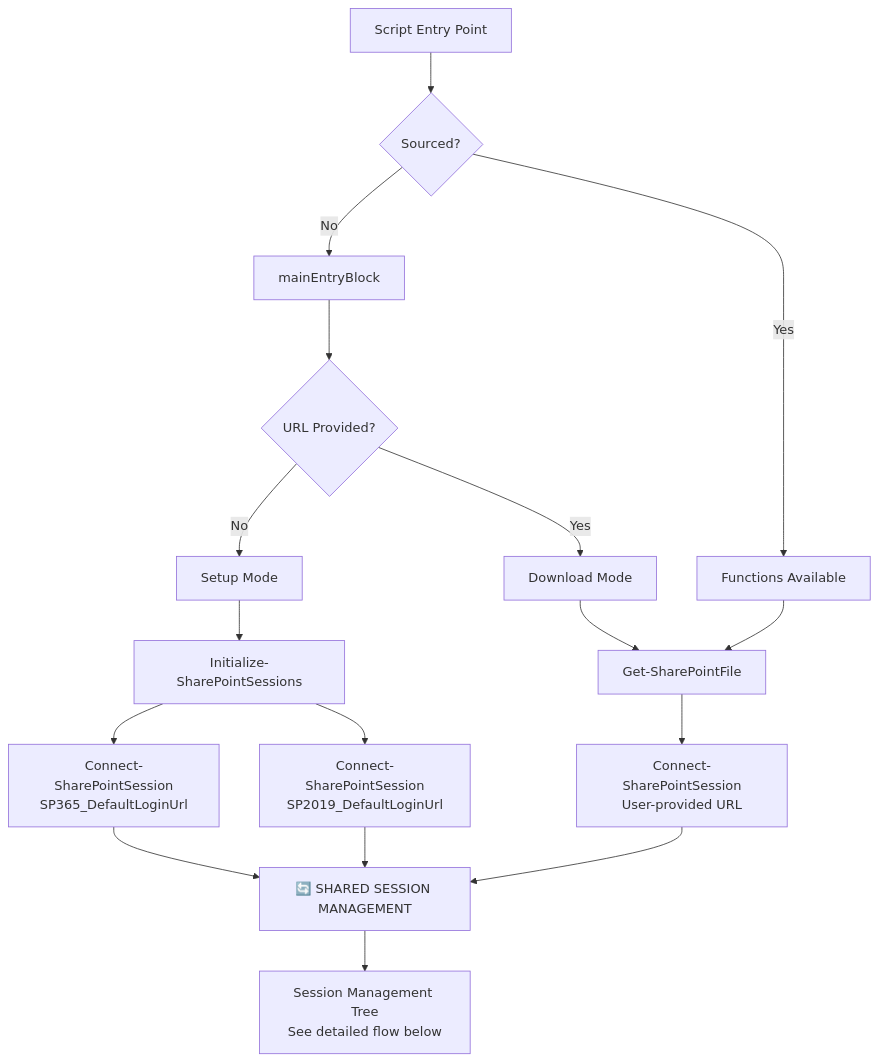
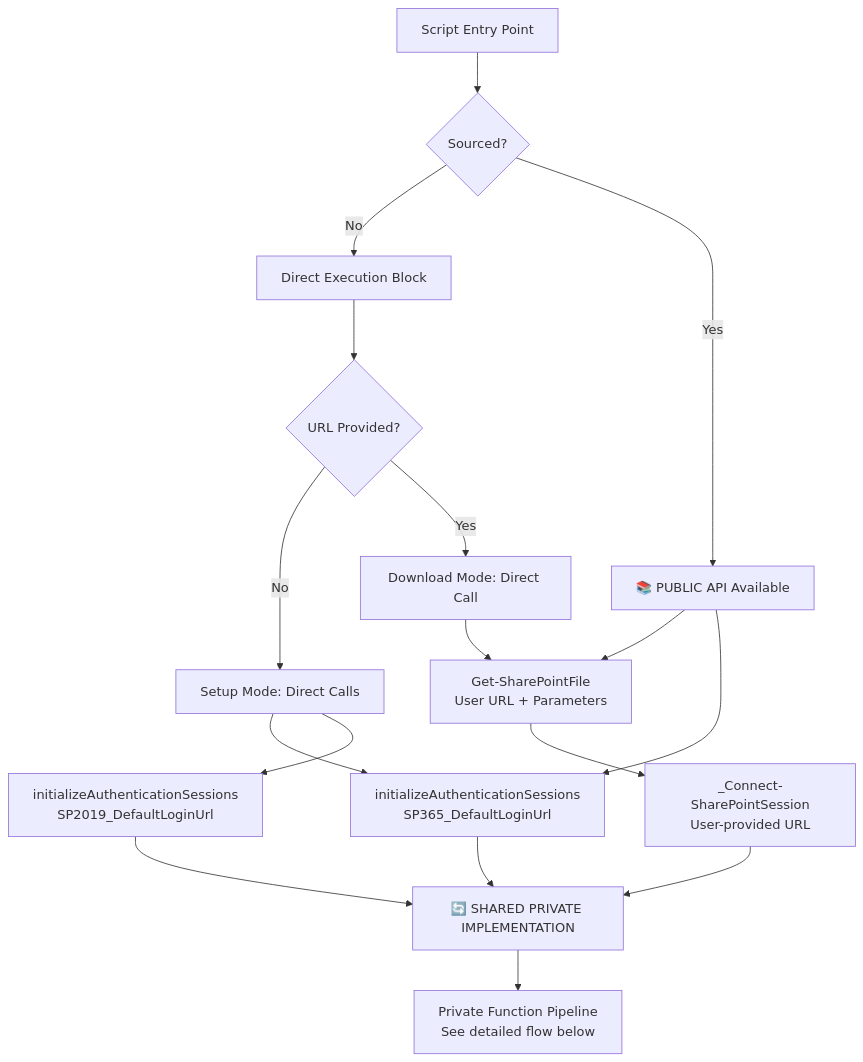
Before and after one commit to shillis13/powershell: the second of 4 diagrams in Scripts/SharePointUtils/README.GetSharePointFile.md, drawn with Mermaid. The commit also changed other lines of this file and 4 other files, not shown here.

Commit message:
Trying to download from SharePoint

````diff
--- a/Scripts/SharePointUtils/README.GetSharePointFile.md
+++ b/Scripts/SharePointUtils/README.GetSharePointFile.md
@@ -5,24 +160,23 @@
 ```mermaid
 graph TD
     A[Script Entry Point] --> B{Sourced?}
-    B -->|No| C[mainEntryBlock]
-    B -->|Yes| D[Functions Available]
+    B -->|No| C[Direct Execution Block]
+    B -->|Yes| D[📚 PUBLIC API Available]
     
     C --> E{URL Provided?}
-    E -->|No| F[Setup Mode]
-    E -->|Yes| G[Download Mode]
+    E -->|No| F[Setup Mode: Direct Calls]
+    E -->|Yes| G[Download Mode: Direct Call]
     
-    F --> H[Initialize-SharePointSessions]
-    G --> I[Get-SharePointFile]
-    D --> I
+    F --> H[initializeAuthenticationSessions<br/>SP365_DefaultLoginUrl]
+    F --> I[initializeAuthenticationSessions<br/>SP2019_DefaultLoginUrl]
+    G --> J[Get-SharePointFile<br/>User URL + Parameters]
+    D --> J
+    D --> H
     
-    H --> J[Connect-SharePointSession<br/>SP365_DefaultLoginUrl]
-    H --> K[Connect-SharePointSession<br/>SP2019_DefaultLoginUrl]
-    I --> L[Connect-SharePointSession<br/>User-provided URL]
+    H --> K[🔄 SHARED PRIVATE IMPLEMENTATION]
+    I --> K
+    J --> L[_Connect-SharePointSession<br/>User-provided URL]
+    L --> K
     
-    J --> M[🔄 SHARED SESSION MANAGEMENT]
-    K --> M
-    L --> M
-    
-    M --> N[Session Management Tree<br/>See detailed flow below]
+    K --> M[Private Function Pipeline<br/>See detailed flow below]
 ```
````
